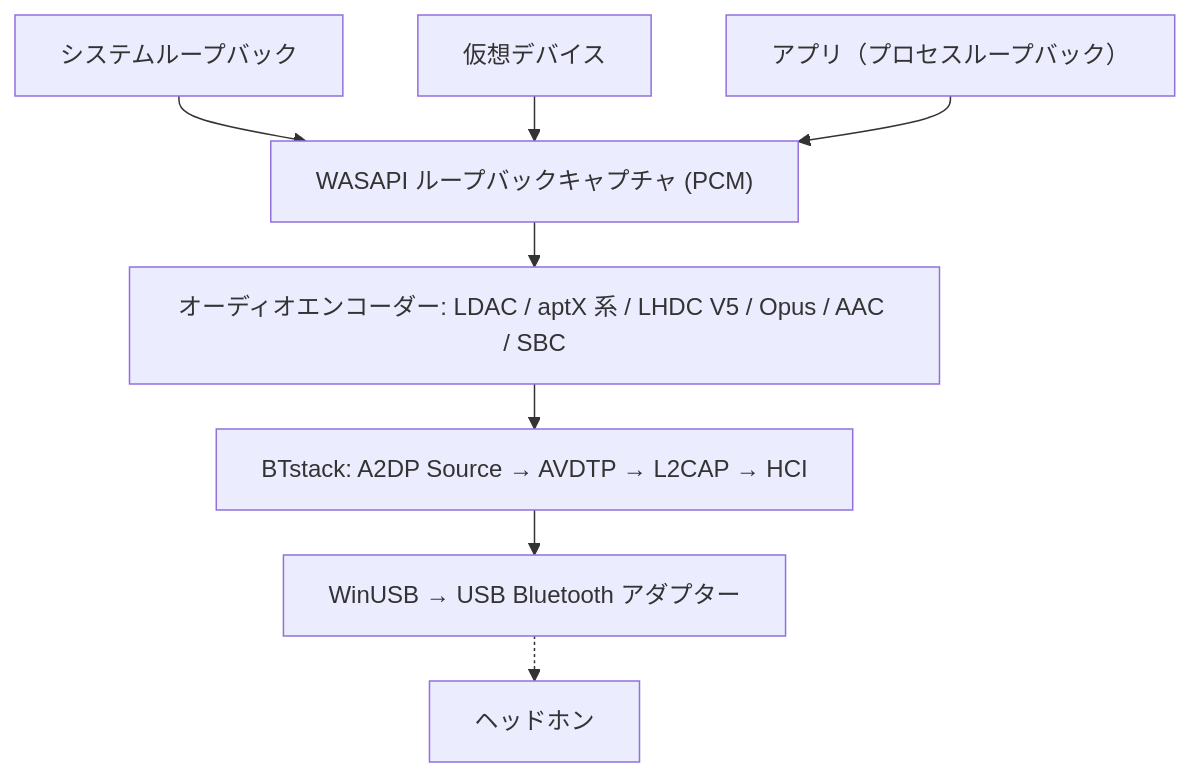
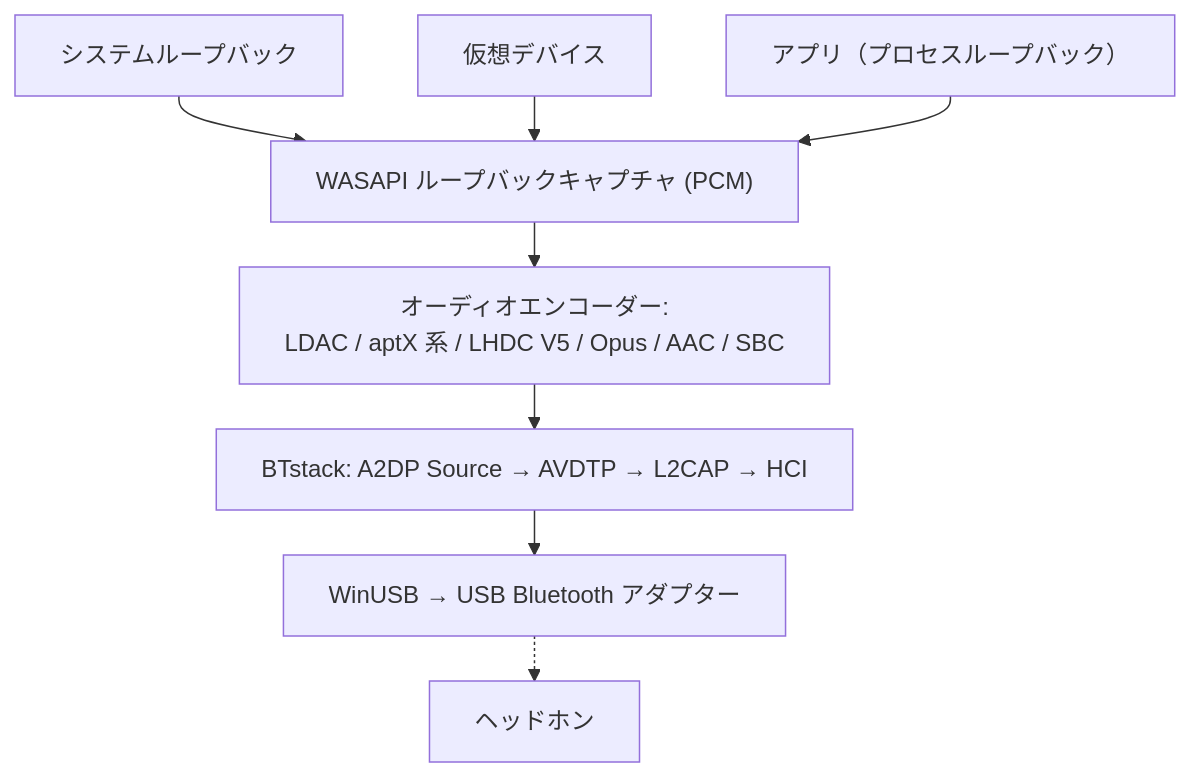
The diagram in docs/ja/index.md (SeiyaFunaokaJP/BlueCaster), drawn with Mermaid before and after one commit. The commit also changed 15 other files, not shown here.

First line of the commit message:
Docs: shorter lines in the sequence diagrams, encoder label on Home

````diff
--- a/docs/ja/index.md
+++ b/docs/ja/index.md
@@ -124,17 +124,17 @@
 ```mermaid
 ---
 config:
   flowchart:
     wrappingWidth: 480
     rankSpacing: 30
 ---
 flowchart TD
     s1["システムループバック"]
     s2["仮想デバイス"]
     s3["アプリ（プロセスループバック）"]
     s1 & s2 & s3 --> cap["WASAPI ループバックキャプチャ (PCM)"]
-    cap --> enc["オーディオエンコーダー: LDAC / aptX 系 / LHDC V5 / Opus / AAC / SBC"]
+    cap --> enc["オーディオエンコーダー:<br>LDAC / aptX 系 / LHDC V5 / Opus / AAC / SBC"]
     enc --> bt["BTstack: A2DP Source → AVDTP → L2CAP → HCI"]
     bt --> usb["WinUSB → USB Bluetooth アダプター"]
     usb -.-> hp["ヘッドホン"]
 ```
````
